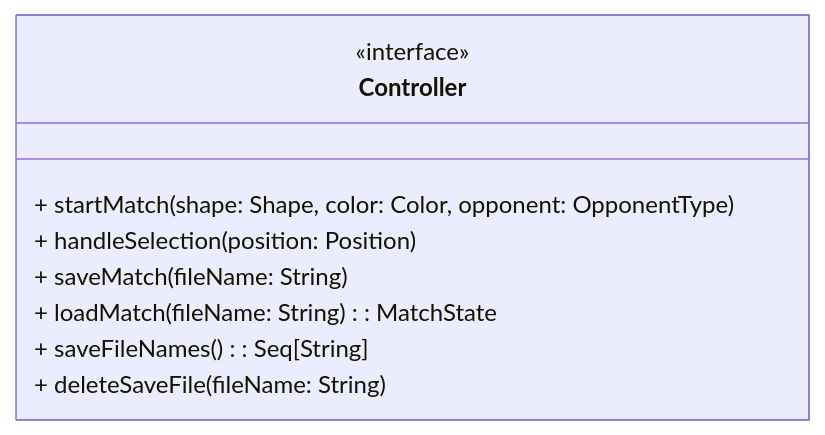
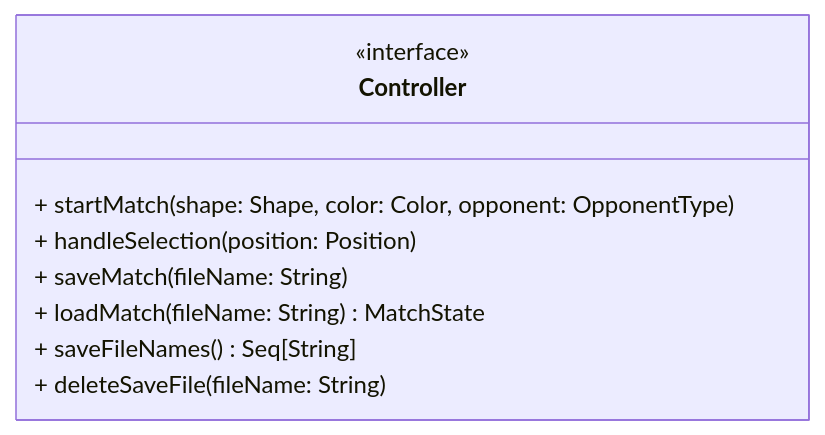
The eighth of 14 diagrams in docs/report/4-detailed-design.md (Borgotto/PPS-25-scalatello), drawn with Mermaid before and after one commit. The commit also changed other lines of this file and 10 other files, not shown here.

````diff
--- a/docs/report/4-detailed-design.md
+++ b/docs/report/4-detailed-design.md
@@ -279,12 +279,12 @@
 ```mermaid
 classDiagram
 	class Controller {
 		<<interface>>
 		+ startMatch(shape: Shape, color: Color, opponent: OpponentType)
 		+ handleSelection(position: Position)
 		+ saveMatch(fileName: String)
-		+ loadMatch(fileName: String): MatchState
-		+ saveFileNames(): Seq[String]
+		+ loadMatch(fileName: String) MatchState
+		+ saveFileNames() Seq[String]
 		+ deleteSaveFile(fileName: String)
 	}
 ```
````
